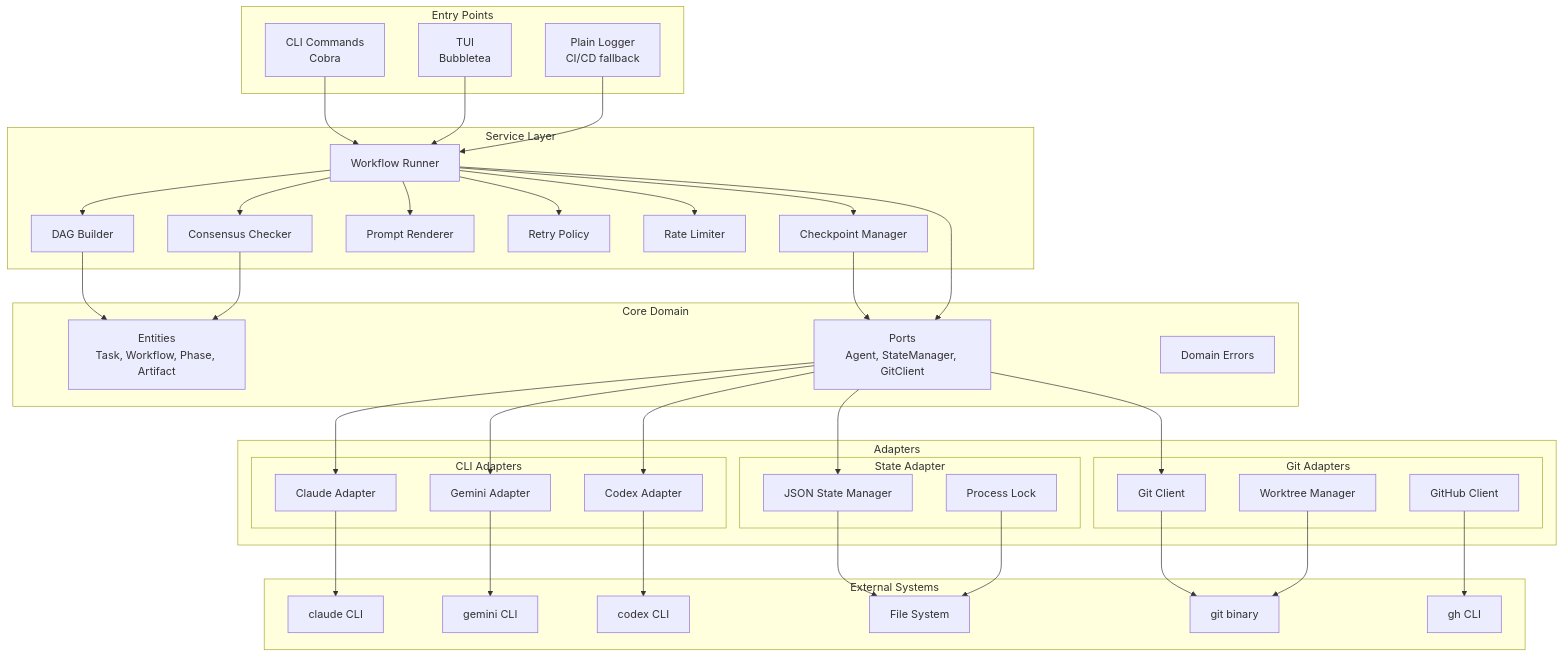
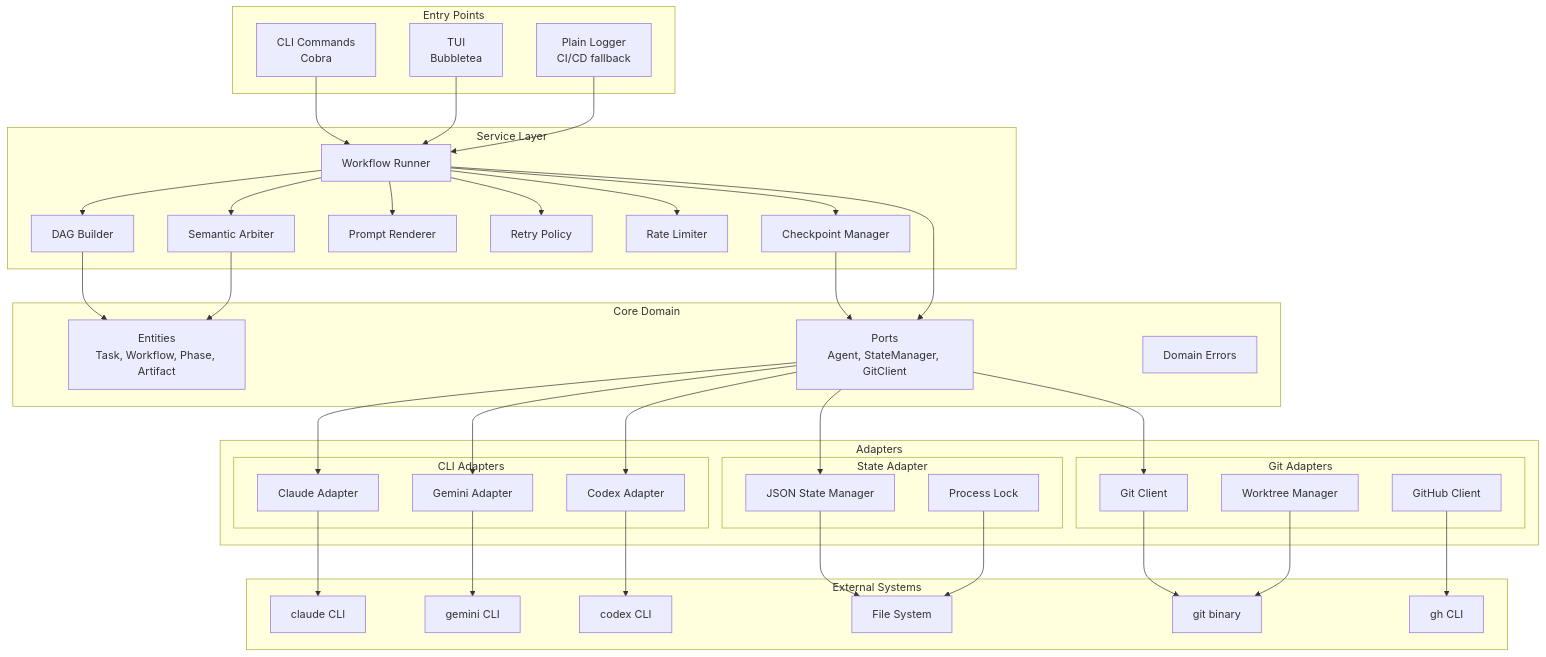
One commit to hugo-lorenzo-mato/quorum-ai changed the diagram in docs/ARCHITECTURE.md. Above: the diagram before and after it, drawn with Mermaid. The commit also changed other lines of this file and 7 other files, not shown here.

First line of the commit message:
docs: update documentation for semantic arbiter consensus

````diff
--- a/docs/ARCHITECTURE.md
+++ b/docs/ARCHITECTURE.md
@@ -16,81 +16,81 @@
 ```mermaid
 graph TB
     subgraph "Entry Points"
         CLI[CLI Commands<br/>Cobra]
         TUI[TUI<br/>Bubbletea]
         PLAIN[Plain Logger<br/>CI/CD fallback]
     end
 
     subgraph "Service Layer"
         WF[Workflow Runner]
         DAG[DAG Builder]
-        CONS[Consensus Checker]
+        ARB[Semantic Arbiter]
         PROMPT[Prompt Renderer]
         RETRY[Retry Policy]
         RATE[Rate Limiter]
         CKPT[Checkpoint Manager]
     end
 
     subgraph "Core Domain"
         ENTITIES[Entities<br/>Task, Workflow, Phase, Artifact]
         PORTS[Ports<br/>Agent, StateManager, GitClient]
         ERRORS[Domain Errors]
     end
 
     subgraph "Adapters"
         subgraph "CLI Adapters"
             CLAUDE[Claude Adapter]
             GEMINI[Gemini Adapter]
             CODEX[Codex Adapter]
         end
         subgraph "State Adapter"
             JSON[JSON State Manager]
             LOCK[Process Lock]
         end
         subgraph "Git Adapters"
             GIT[Git Client]
             WT[Worktree Manager]
             GH[GitHub Client]
         end
     end
 
     subgraph "External Systems"
         CLAUDE_CLI[claude CLI]
         GEMINI_CLI[gemini CLI]
         CODEX_CLI[codex CLI]
         FS[File System]
         GIT_BIN[git binary]
         GH_BIN[gh CLI]
     end
 
     CLI --> WF
     TUI --> WF
     PLAIN --> WF
 
     WF --> DAG
-    WF --> CONS
+    WF --> ARB
     WF --> PROMPT
     WF --> RETRY
     WF --> RATE
     WF --> CKPT
 
     DAG --> ENTITIES
-    CONS --> ENTITIES
+    ARB --> ENTITIES
     CKPT --> PORTS
 
     WF --> PORTS
     PORTS --> CLAUDE
     PORTS --> GEMINI
     PORTS --> CODEX
     PORTS --> JSON
     PORTS --> GIT
 
     CLAUDE --> CLAUDE_CLI
     GEMINI --> GEMINI_CLI
     CODEX --> CODEX_CLI
     JSON --> FS
     LOCK --> FS
     GIT --> GIT_BIN
     WT --> GIT_BIN
     GH --> GH_BIN
 ```
````
